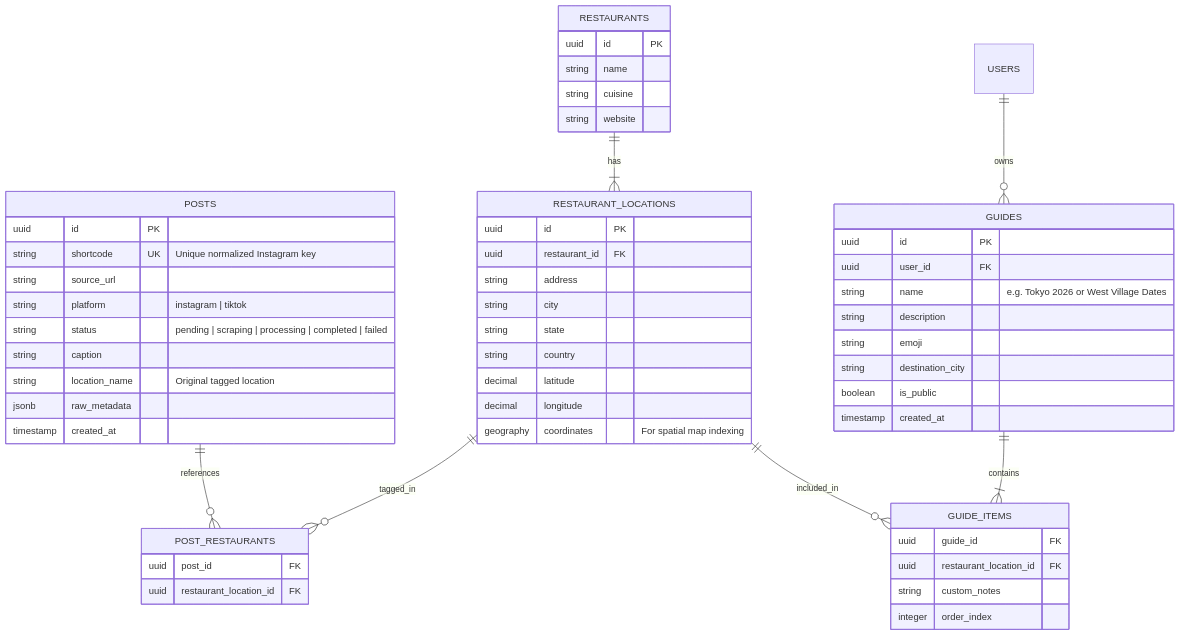
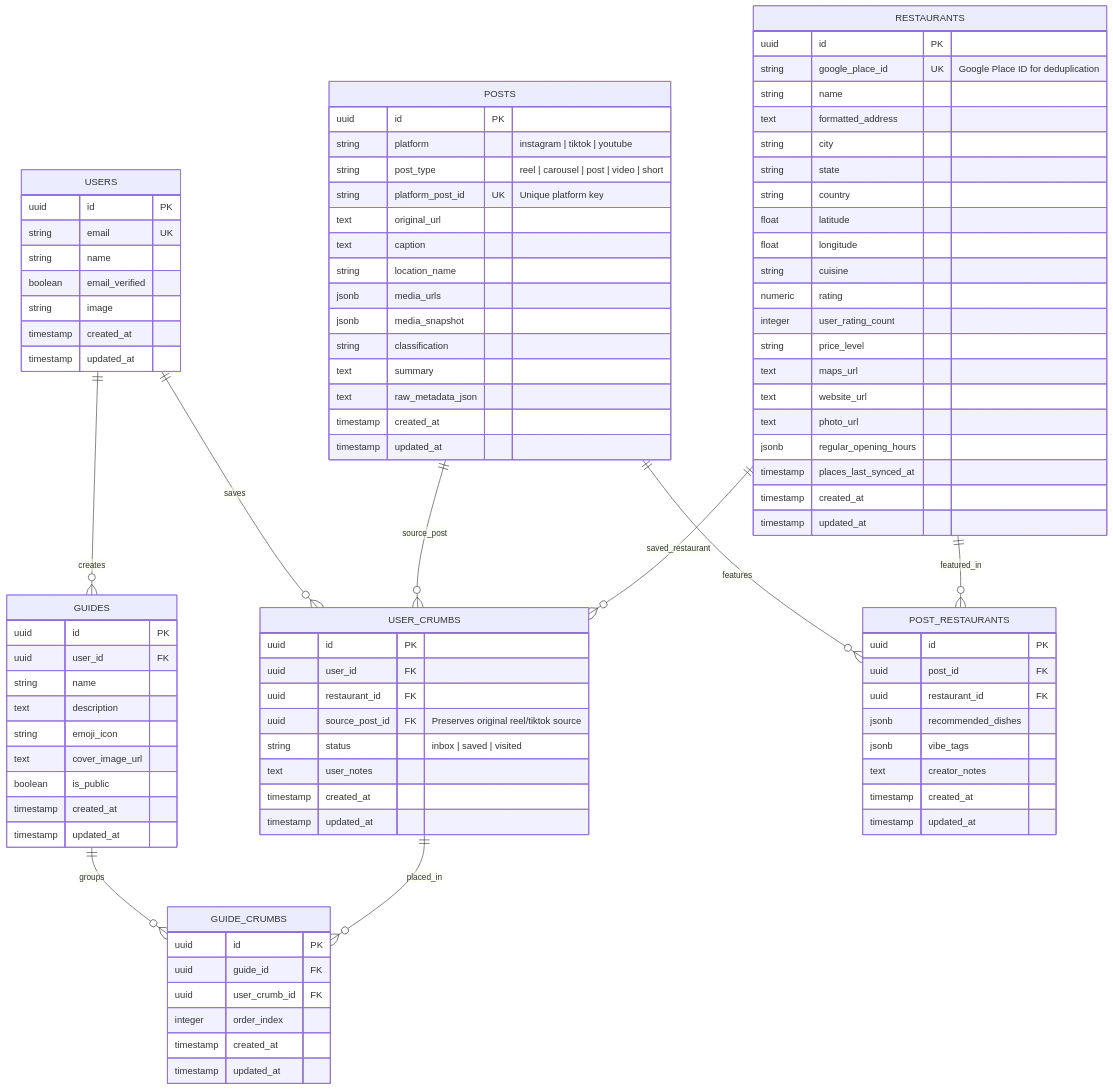
One commit to ledkhoa/crumbs changed the diagram in docs/architecture_design.md. Above: the diagram before and after it, drawn with Mermaid. The commit also changed other lines of this file and 23 other files, not shown here.

Commit message:
feat(db): establish Drizzle ORM schemas with Neon DB and rename user_crumbs to crumbs

````diff
--- a/docs/architecture_design.md
+++ b/docs/architecture_design.md
@@ -11,63 +11,104 @@
 ```mermaid
 erDiagram
-    POSTS ||--o{ POST_RESTAURANTS : references
-    RESTAURANTS ||--|{ RESTAURANT_LOCATIONS : has
-    RESTAURANT_LOCATIONS ||--o{ POST_RESTAURANTS : tagged_in
-    RESTAURANT_LOCATIONS ||--o{ GUIDE_ITEMS : included_in
-    GUIDES ||--|{ GUIDE_ITEMS : contains
-    USERS ||--o{ GUIDES : owns
-    
+    USERS ||--o{ GUIDES : creates
+    USERS ||--o{ USER_CRUMBS : saves
+    POSTS ||--o{ POST_RESTAURANTS : features
+    RESTAURANTS ||--o{ POST_RESTAURANTS : featured_in
+    POSTS ||--o{ USER_CRUMBS : source_post
+    RESTAURANTS ||--o{ USER_CRUMBS : saved_restaurant
+    GUIDES ||--o{ GUIDE_CRUMBS : groups
+    USER_CRUMBS ||--o{ GUIDE_CRUMBS : placed_in
+
+    USERS {
+        uuid id PK
+        string email UK
+        string name
+        boolean email_verified
+        string image
+        timestamp created_at
+        timestamp updated_at
+    }
+
     POSTS {
         uuid id PK
-        string shortcode UK "Unique normalized Instagram key"
-        string source_url
-        string platform "instagram | tiktok"
-        string status "pending | scraping | processing | completed | failed"
-        string caption
-        string location_name "Original tagged location"
-        jsonb raw_metadata
+        string platform "instagram | tiktok | youtube"
+        string post_type "reel | carousel | post | video | short"
+        string platform_post_id UK "Unique platform key"
+        text original_url
+        text caption
+        string location_name
+        jsonb media_urls
+        jsonb media_snapshot
+        string classification
+        text summary
+        text raw_metadata_json
         timestamp created_at
+        timestamp updated_at
     }
 
     RESTAURANTS {
         uuid id PK
+        string google_place_id UK "Google Place ID for deduplication"
         string name
-        string cuisine
-        string website
-    }
-
-    RESTAURANT_LOCATIONS {
-        uuid id PK
-        uuid restaurant_id FK
-        string address
+        text formatted_address
         string city
         string state
         string country
-        decimal latitude
-        decimal longitude
-        geography coordinates "For spatial map indexing"
+        float latitude
+        float longitude
+        string cuisine
+        numeric rating
+        integer user_rating_count
+        string price_level
+        text maps_url
+        text website_url
+        text photo_url
+        jsonb regular_opening_hours
+        timestamp places_last_synced_at
+        timestamp created_at
+        timestamp updated_at
     }
 
     POST_RESTAURANTS {
+        uuid id PK
         uuid post_id FK
-        uuid restaurant_location_id FK
+        uuid restaurant_id FK
+        jsonb recommended_dishes
+        jsonb vibe_tags
+        text creator_notes
+        timestamp created_at
+        timestamp updated_at
     }
 
     GUIDES {
         uuid id PK
         uuid user_id FK
-        string name "e.g. Tokyo 2026 or West Village Dates"
-        string description
-        string emoji
-        string destination_city
+        string name
+        text description
+        string emoji_icon
+        text cover_image_url
         boolean is_public
         timestamp created_at
+        timestamp updated_at
     }
 
-    GUIDE_ITEMS {
+    USER_CRUMBS {
+        uuid id PK
+        uuid user_id FK
+        uuid restaurant_id FK
+        uuid source_post_id FK "Preserves original reel/tiktok source"
+        string status "inbox | saved | visited"
+        text user_notes
+        timestamp created_at
+        timestamp updated_at
+    }
+
+    GUIDE_CRUMBS {
+        uuid id PK
         uuid guide_id FK
-        uuid restaurant_location_id FK
-        string custom_notes
+        uuid user_crumb_id FK
         integer order_index
+        timestamp created_at
+        timestamp updated_at
     }
 ```
````
